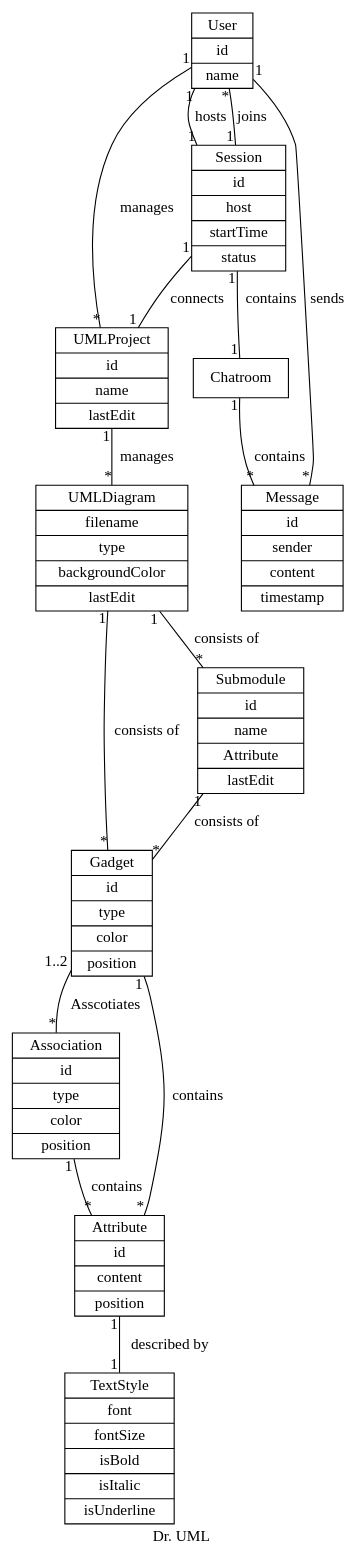
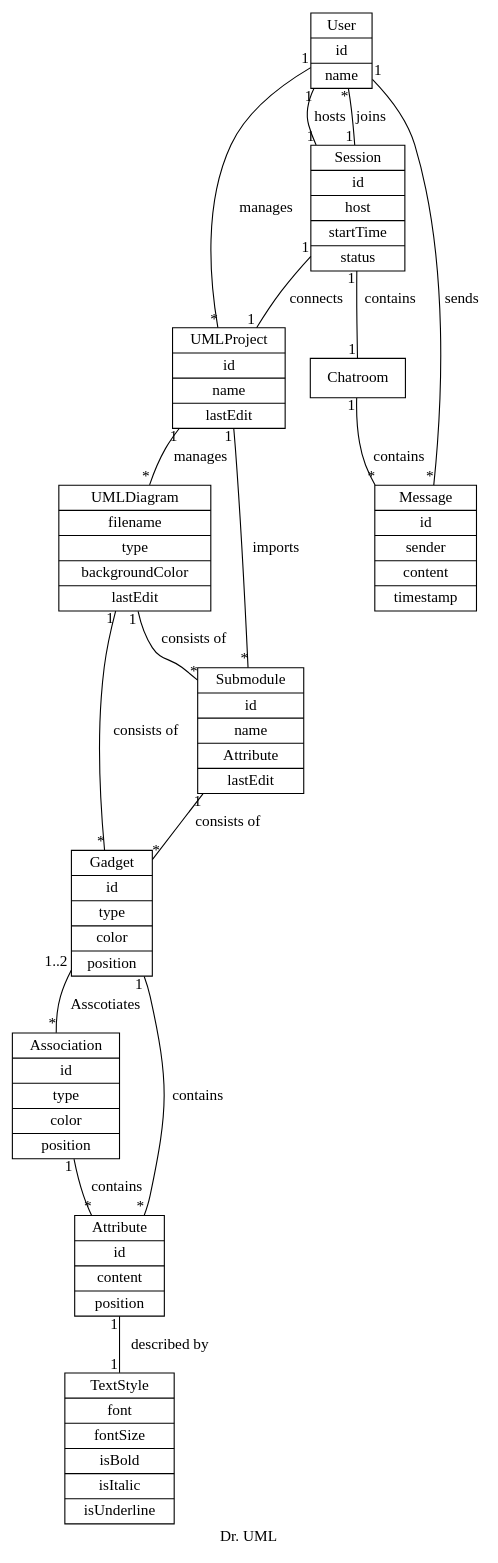
Before and after one commit to Vghxv/Dr.UML__________________: the diagram in docs/graphs/dm.dot, drawn with Graphviz.

Commit message:
fix(doc): add UMLProject imports Submodule in domain model

```diff
--- a/docs/graphs/dm.dot
+++ b/docs/graphs/dm.dot
@@ -1,33 +1,34 @@
 graph DrUML {
     graph [label = "Dr. UML"; rankdir = "TB";];
     
     node [shape = record;];
 
     User [label = "{User | id | name}";];
     UMLProject [label = "{UMLProject | id | name | lastEdit}";];
     UMLDiagram [label = "{UMLDiagram | filename | type | backgroundColor | lastEdit}";];
     Gadget [label = "{Gadget | id | type | color | position}";];
     Association [label = "{Association | id | type | color | position}";];
     Submodule [label = "{Submodule | id| name | Attribute | lastEdit}";];
     Session [label = "{Session | id| host | startTime | status}";];
     Chatroom [label = "{Chatroom}";];
     Message [label = "{Message | id | sender | content | timestamp}";];
     Attribute [label = "{Attribute | id | content | position}";];
     TextStyle [label = "{TextStyle | font | fontSize | isBold | isItalic | isUnderline}";];
     
     User -- UMLProject [label = "manages"; headlabel = "*"; taillabel = "1";];
     UMLProject -- UMLDiagram [label = "manages"; headlabel = "*"; taillabel = "1";];
+    UMLProject -- Submodule [label = "imports"; headlabel = "*"; taillabel = "1";];
     UMLDiagram -- Gadget [label = "consists of"; headlabel = "*"; taillabel = "1";];
     Submodule -- Gadget [label = "consists of"; headlabel = "*"; taillabel = "1";];
     Gadget -- Attribute [label = "contains"; headlabel = "*"; taillabel = "1";];
     Association -- Attribute [label = "contains"; headlabel = "*"; taillabel = "1";];
     Gadget -- Association [label = "Asscotiates"; headlabel = "*"; taillabel = "1..2";];
     UMLDiagram -- Submodule [label = "consists of"; headlabel = "*"; taillabel = "1";];
     User -- Session [label = "hosts"; headlabel = "1"; taillabel = "1";];
     User -- Session [label = "joins"; headlabel = "1"; taillabel = "*";];
     Session -- UMLProject [label = "connects"; headlabel = "1"; taillabel = "1";];
     Session -- Chatroom [label = "contains"; headlabel = "1"; taillabel = "1";];
     Chatroom -- Message [label = "contains"; headlabel = "*"; taillabel = "1";];
     User -- Message [label = "sends"; headlabel = "*"; taillabel = "1";];
     Attribute -- TextStyle [label = "described by"; headlabel = "1"; taillabel = "1";];
 }
```
